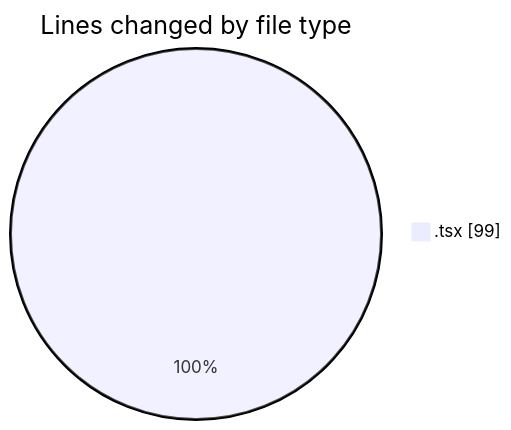
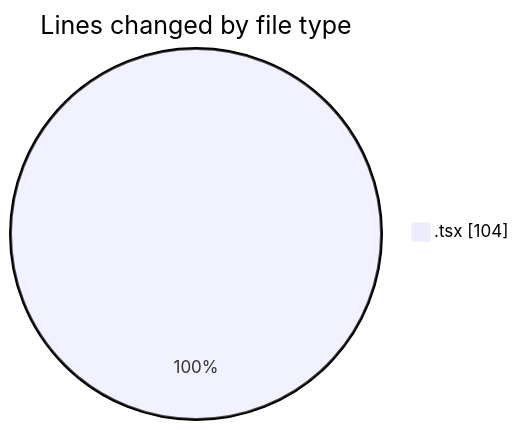
Before and after one commit to momahboobian/code-tracking: the first of 2 diagrams in 2026-07-22/cda/README.md, drawn with Mermaid. The commit also changed other lines of this file and 1 other file, not shown here.

````diff
--- a/2026-07-22/cda/README.md
+++ b/2026-07-22/cda/README.md
@@ -22,5 +22,5 @@
 ```mermaid
 pie showData
 title Lines changed by file type
-".tsx" : 99
+".tsx" : 104
 ```
````
